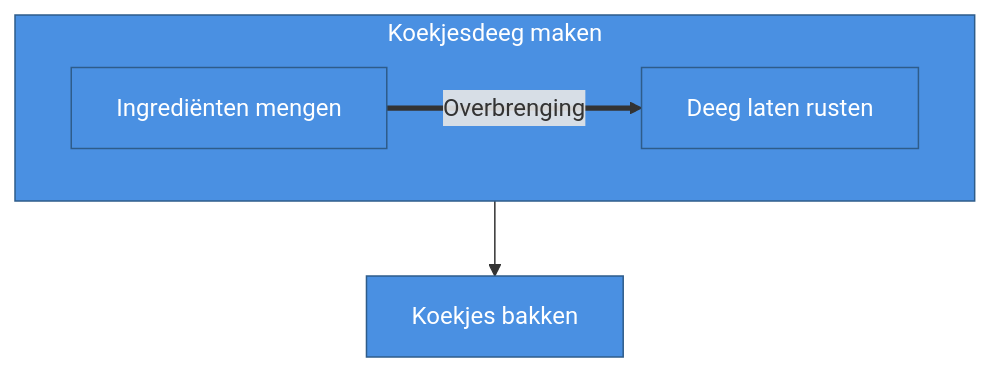
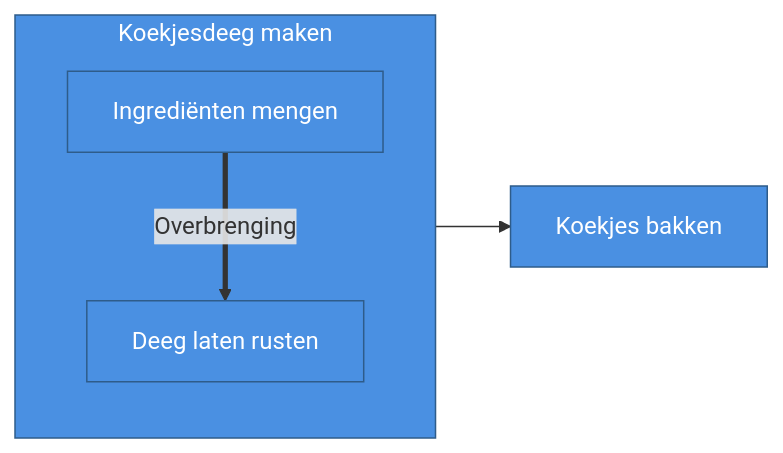
One commit to milieuinfo/RIE-IEPR changed the diagram in documentatie/bin/activiteit-visualisatie/fabriek-proces-genest.mmd. Above: the diagram before and after it, drawn with Mermaid. The commit also changed 37 other files, not shown here.

```diff
--- a/documentatie/bin/activiteit-visualisatie/fabriek-proces-genest.mmd
+++ b/documentatie/bin/activiteit-visualisatie/fabriek-proces-genest.mmd
@@ -1,17 +1,17 @@
-flowchart TD
+flowchart LR
     step1["Ingrediënten mengen"]
     style step1 fill:#4A90E2,stroke:#2E5C8A,color:#fff
-    step3["Deeg laten rusten"]
+    step2["Deeg laten rusten"]
+    style step2 fill:#4A90E2,stroke:#2E5C8A,color:#fff
+    step3["Koekjes bakken"]
     style step3 fill:#4A90E2,stroke:#2E5C8A,color:#fff
-    step4["Koekjes bakken"]
-    style step4 fill:#4A90E2,stroke:#2E5C8A,color:#fff
                     subgraph step0["Koekjesdeeg maken"]
                         step1["Ingrediënten mengen"]
         style step1 fill:#4A90E2,stroke:#2E5C8A,color:#fff
-        step3["Deeg laten rusten"]
-        style step3 fill:#4A90E2,stroke:#2E5C8A,color:#fff
+        step2["Deeg laten rusten"]
+        style step2 fill:#4A90E2,stroke:#2E5C8A,color:#fff
     end
                     style step0 fill:#4A90E2,stroke:#2E5C8A,color:#fff
                 
-    step1 ==>|Overbrenging| step3
-    step0 --> step4
+    step0 --> step3
+    step1 ==>|Overbrenging| step2
```
